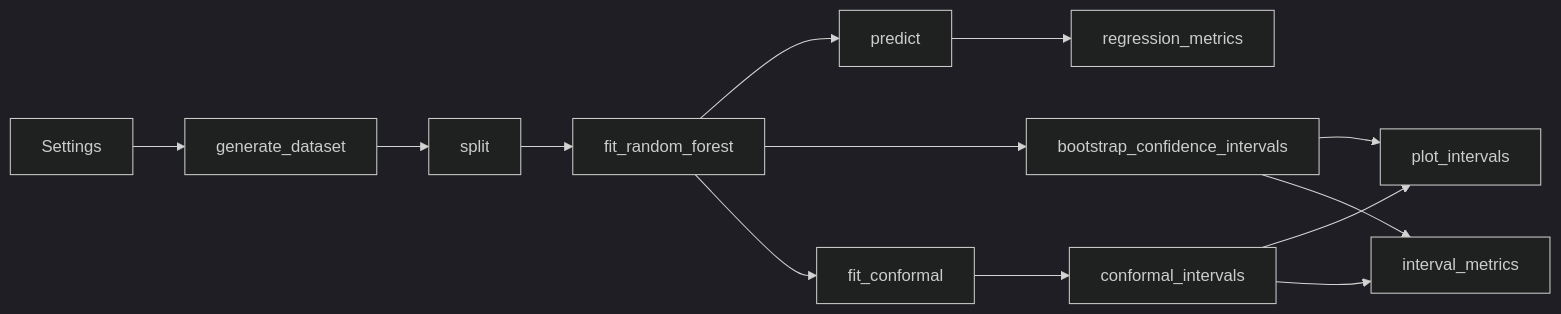
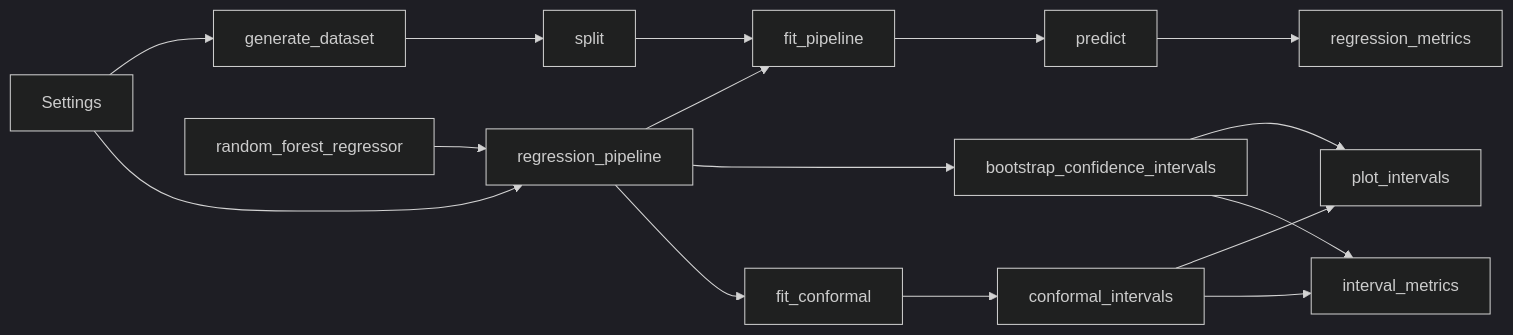
One commit to ELC/jupyter-book-template changed the diagram in AGENTS.md. Above: the diagram before and after it, drawn with Mermaid (dark theme). The commit also changed other lines of this file and 14 other files, not shown here.

Commit message:
refactor: transition to pipeline-based regression approach by integrating sklearn's Pipeline, updating feature expansion, and enhancing bootstrap confidence interval calculations

````diff
--- a/AGENTS.md
+++ b/AGENTS.md
@@ -56,15 +56,18 @@
 ```mermaid
 flowchart LR
   Settings --> generate_dataset
+  Settings --> regression_pipeline
+  random_forest_regressor --> regression_pipeline
   generate_dataset --> split
-  split --> fit_random_forest
-  fit_random_forest --> predict
+  split --> fit_pipeline
+  regression_pipeline --> fit_pipeline
+  fit_pipeline --> predict
   predict --> regression_metrics
-  fit_random_forest --> bootstrap_confidence_intervals
-  fit_random_forest --> fit_conformal
+  regression_pipeline --> bootstrap_confidence_intervals
+  regression_pipeline --> fit_conformal
   fit_conformal --> conformal_intervals
   bootstrap_confidence_intervals --> plot_intervals
   conformal_intervals --> plot_intervals
   conformal_intervals --> interval_metrics
   bootstrap_confidence_intervals --> interval_metrics
 ```
````
